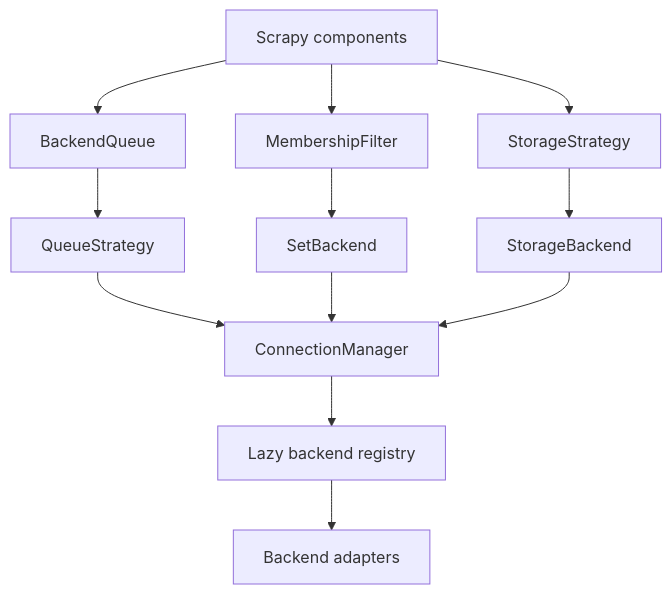
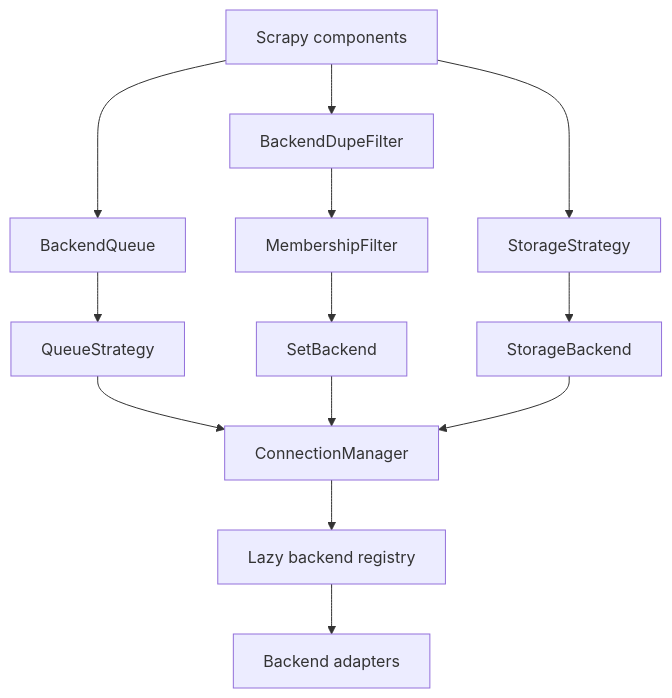
One commit to CalderKnox/scrapy-extension changed the diagram in docs/02-design/00-architecture/current-architecture.md. Above: the diagram before and after it, drawn with Mermaid. The commit also changed other lines of this file and 6 other files, not shown here.

````diff
--- a/docs/02-design/00-architecture/current-architecture.md
+++ b/docs/02-design/00-architecture/current-architecture.md
@@ -18,14 +21,15 @@
 ```mermaid
 flowchart TD
   S[Scrapy components] --> Q[BackendQueue]
-  S --> F[MembershipFilter]
+  S --> D[BackendDupeFilter]
   S --> P[StorageStrategy]
+  D --> F[MembershipFilter]
   Q --> QS[QueueStrategy]
   F --> SB[SetBackend]
   P --> ST[StorageBackend]
   QS --> CM[ConnectionManager]
   SB --> CM
   ST --> CM
   CM --> R[Lazy backend registry]
   R --> A[Backend adapters]
 ```
````
